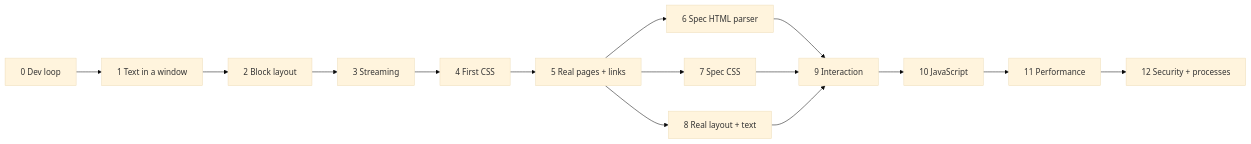
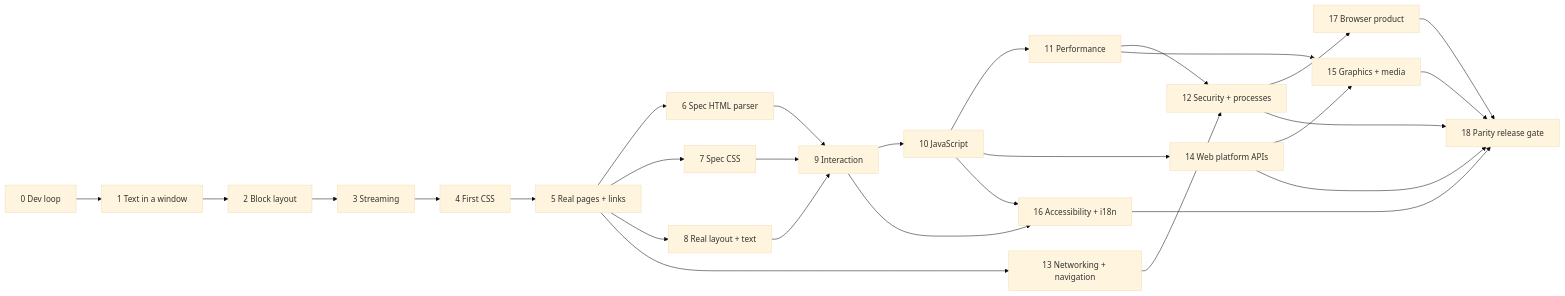
One commit to nmb0032/rust-browser changed the second of 2 diagrams in docs/architecture.md. Above: the diagram before and after it, drawn with Mermaid (base theme). The commit also changed other lines of this file and 9 other files, not shown here.

````diff
--- a/docs/architecture.md
+++ b/docs/architecture.md
@@ -150,17 +214,30 @@
 ```mermaid
 flowchart LR
     M0[0 Dev loop] --> M1[1 Text in a window]
     M1 --> M2[2 Block layout]
     M2 --> M3[3 Streaming]
     M3 --> M4[4 First CSS]
     M4 --> M5[5 Real pages + links]
     M5 --> M6[6 Spec HTML parser]
     M5 --> M7[7 Spec CSS]
     M5 --> M8[8 Real layout + text]
+    M5 --> M13[13 Networking + navigation]
     M6 --> M9[9 Interaction]
     M7 --> M9
     M8 --> M9
     M9 --> M10[10 JavaScript]
     M10 --> M11[11 Performance]
     M11 --> M12[12 Security + processes]
+    M13 --> M12
+    M10 --> M14[14 Web platform APIs]
+    M11 --> M15[15 Graphics + media]
+    M14 --> M15
+    M9 --> M16[16 Accessibility + i18n]
+    M10 --> M16
+    M12 --> M17[17 Browser product]
+    M12 --> M18[18 Parity release gate]
+    M14 --> M18
+    M15 --> M18
+    M16 --> M18
+    M17 --> M18
 ```
````
